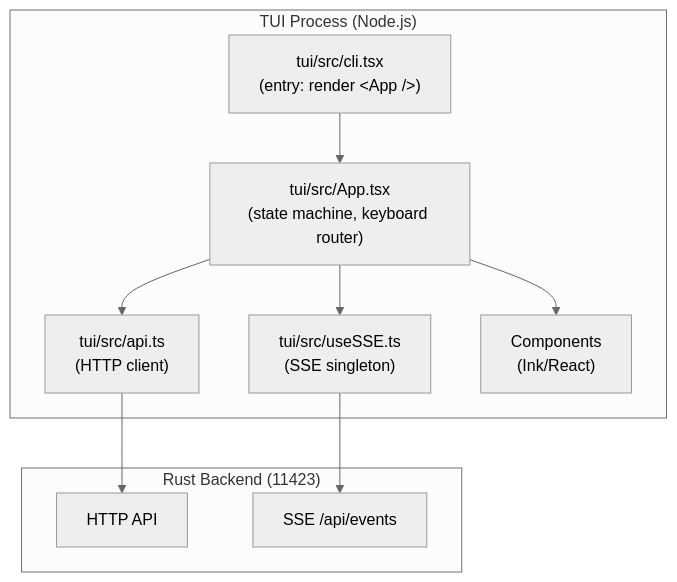
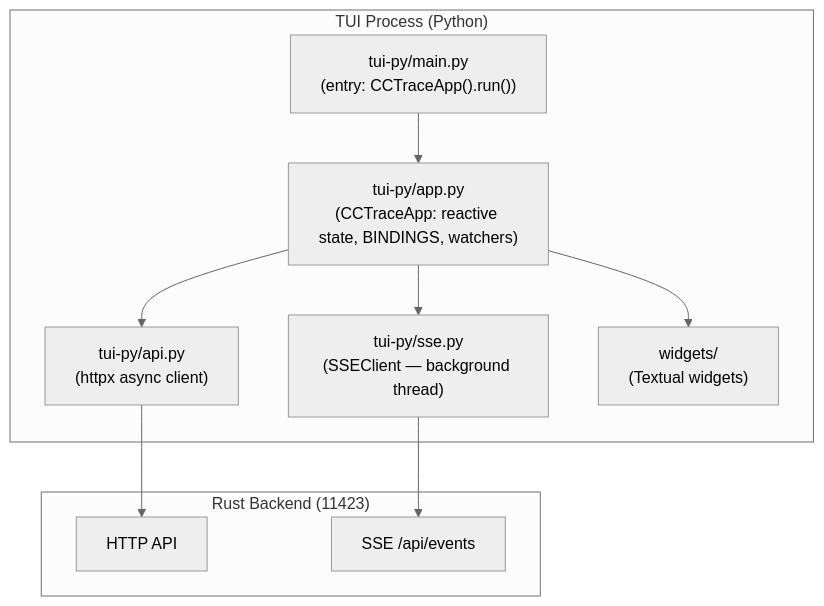
The first of 11 diagrams in specs/06-tui.md (delexw/claude-code-trace), drawn with Mermaid (neutral theme) before and after one commit. The commit also changed other lines of this file and 72 other files, not shown here.

First line of the commit message:
feat(tui-py): migrate TUI to Python/Textual; add tests + polish

````diff
--- a/specs/06-tui.md
+++ b/specs/06-tui.md
@@ -12,22 +17,22 @@
 ```mermaid
 graph TB
-    subgraph TUI["TUI Process (Node.js)"]
-        CLI["tui/src/cli.tsx\n(entry: render &lt;App /&gt;)"]
-        APP["tui/src/App.tsx\n(state machine, keyboard router)"]
-        API["tui/src/api.ts\n(HTTP client)"]
-        SSE["tui/src/useSSE.ts\n(SSE singleton)"]
-        COMPS["Components\n(Ink/React)"]
+    subgraph TUI["TUI Process (Python)"]
+        MAIN["tui-py/main.py\n(entry: CCTraceApp().run())"]
+        APP["tui-py/app.py\n(CCTraceApp: reactive state, BINDINGS, watchers)"]
+        API["tui-py/api.py\n(httpx async client)"]
+        SSE["tui-py/sse.py\n(SSEClient — background thread)"]
+        WIDGETS["widgets/\n(Textual widgets)"]
     end
 
     subgraph Backend["Rust Backend (11423)"]
         HTTP["HTTP API"]
         SSESRV["SSE /api/events"]
     end
 
-    CLI --> APP
+    MAIN --> APP
     APP --> API
     APP --> SSE
     SSE --> SSESRV
     API --> HTTP
-    APP --> COMPS
+    APP --> WIDGETS
 ```
````
